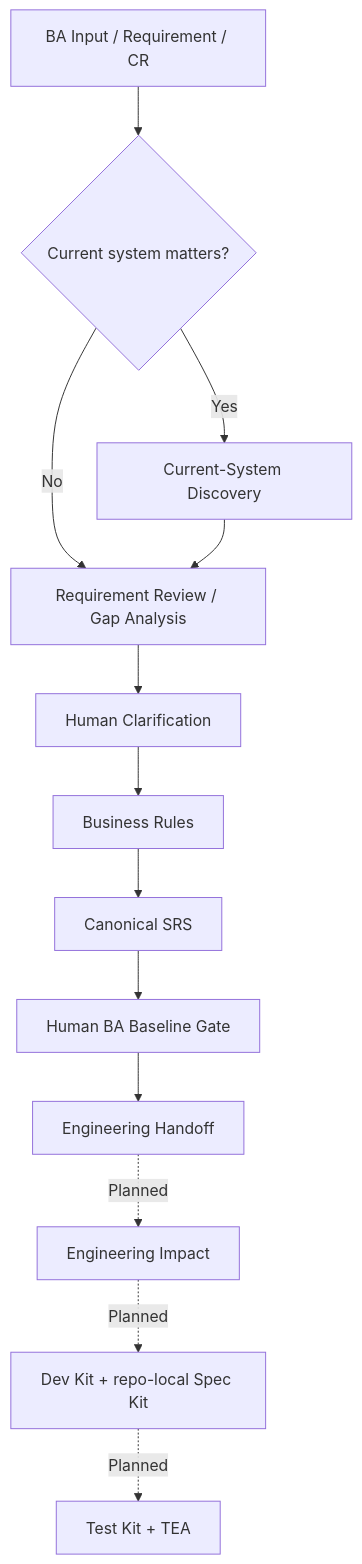
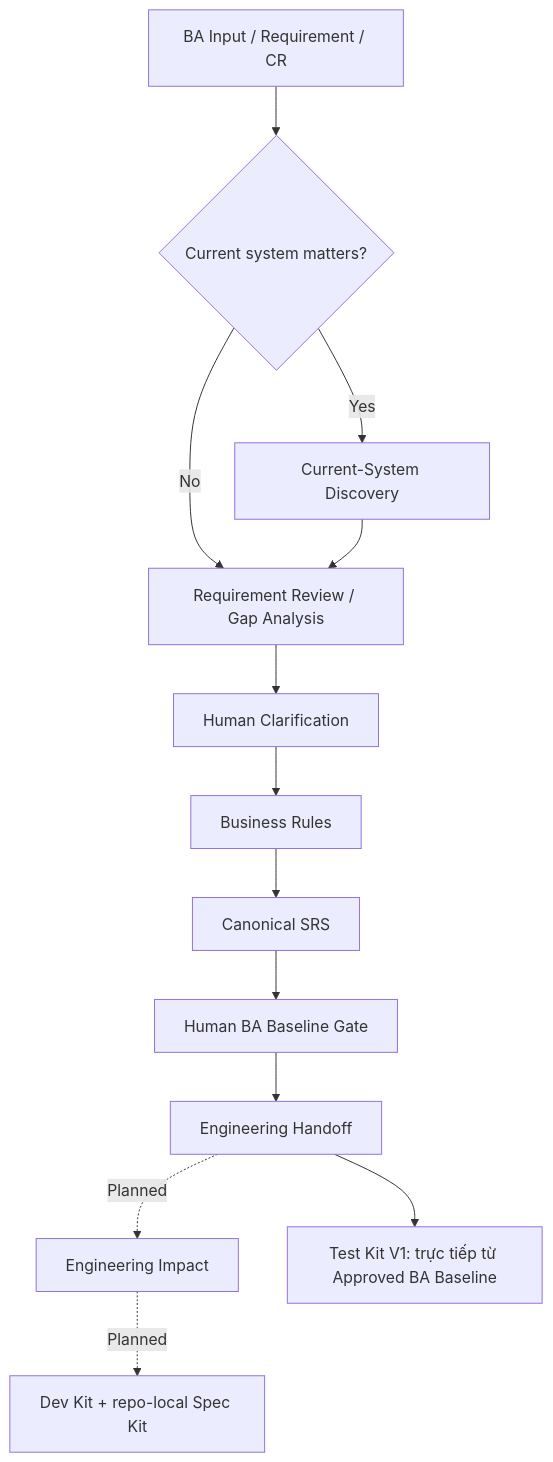
The first of 2 diagrams in docs/vi/BA_KIT_WORKFLOW.md (iceteaofyoureyes/agent-skills), drawn with Mermaid before and after one commit. The commit also changed 25 other files, not shown here.

Commit message:
docs(test-kit): add V1 operator documentation

```diff
--- a/docs/vi/BA_KIT_WORKFLOW.md
+++ b/docs/vi/BA_KIT_WORKFLOW.md
@@ -12,15 +12,15 @@
 ~~~mermaid
 flowchart TD
     A[BA Input / Requirement / CR] --> B{Current system matters?}
     B -- Yes --> C[Current-System Discovery]
     B -- No --> D[Requirement Review / Gap Analysis]
     C --> D
     D --> E[Human Clarification]
     E --> F[Business Rules]
     F --> G[Canonical SRS]
     G --> H[Human BA Baseline Gate]
     H --> I[Engineering Handoff]
     I -. Planned .-> J[Engineering Impact]
     J -. Planned .-> K[Dev Kit + repo-local Spec Kit]
-    K -. Planned .-> L[Test Kit + TEA]
+    I --> L[Test Kit V1: trực tiếp từ Approved BA Baseline]
 ~~~
```
